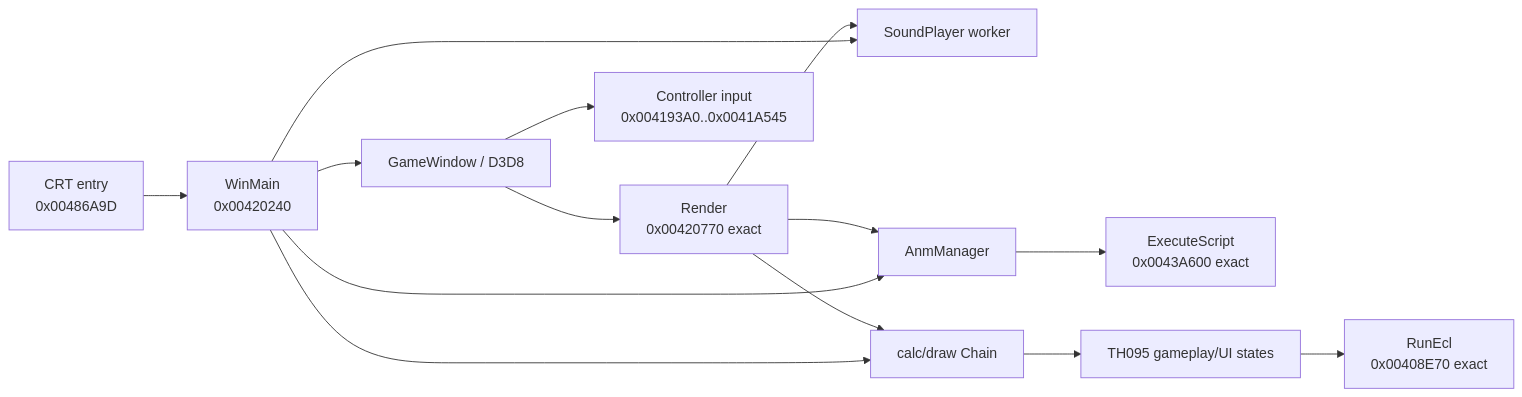
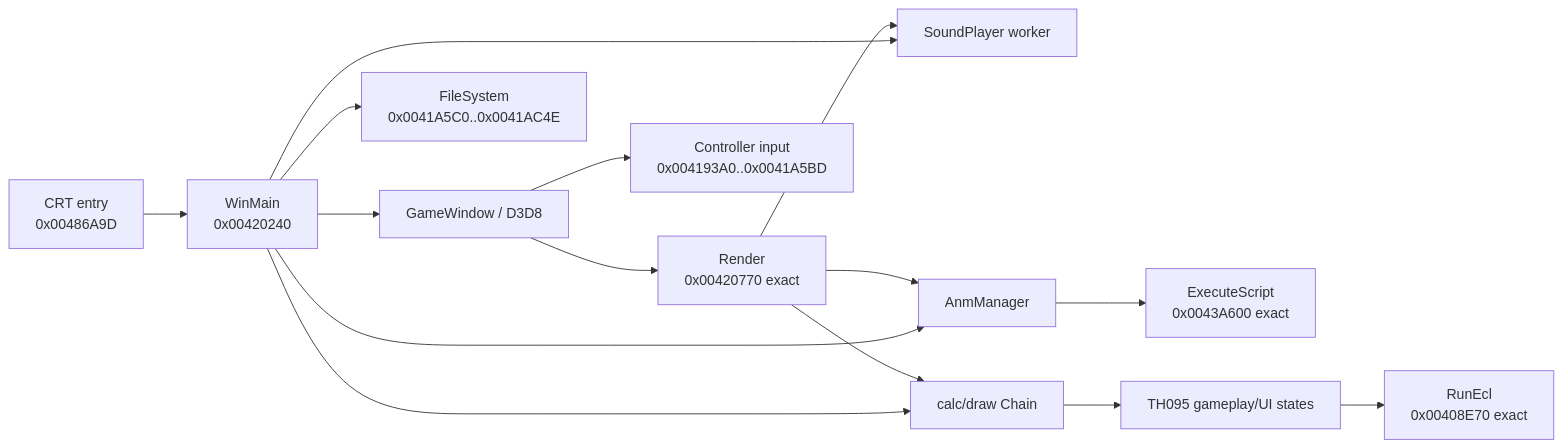
Before and after one commit to N0zoM1z0/th095: the diagram in docs/ARCHITECTURE.md, drawn with Mermaid. The commit also changed other lines of this file and 16 other files, not shown here.

````diff
--- a/docs/ARCHITECTURE.md
+++ b/docs/ARCHITECTURE.md
@@ -58,16 +58,17 @@
 ```mermaid
 flowchart LR
     CRT[CRT entry\n0x00486A9D] --> Main[WinMain\n0x00420240]
     Main --> Window[GameWindow / D3D8]
     Main --> Sound[SoundPlayer worker]
     Main --> Chain[calc/draw Chain]
     Main --> Anm[AnmManager]
     Window --> Render[Render\n0x00420770 exact]
-    Window --> Input[Controller input\n0x004193A0..0x0041A545]
+    Window --> Input[Controller input\n0x004193A0..0x0041A5BD]
+    Main --> Files[FileSystem\n0x0041A5C0..0x0041AC4E]
     Render --> Chain
     Render --> Sound
     Render --> Anm
     Anm --> AnmVM[ExecuteScript\n0x0043A600 exact]
     Chain --> Game[TH095 gameplay/UI states]
     Game --> EclVM[RunEcl\n0x00408E70 exact]
 ```
````
